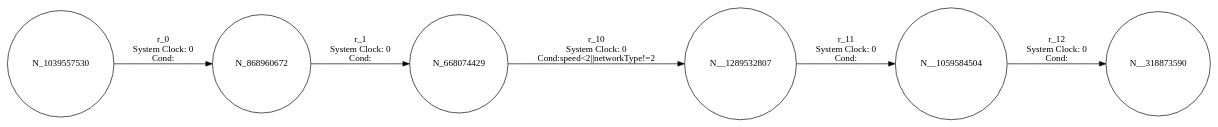
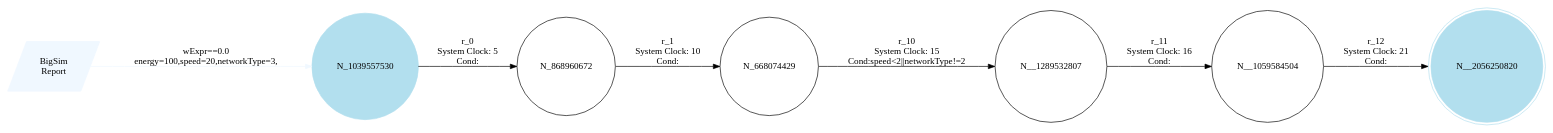
Before and after one commit to PKUVicky/BigSim: the diagram in MobileCloud/results/hotel.dot, drawn with Graphviz. The commit also changed 25 other files, not shown here.

```diff
--- a/MobileCloud/results/hotel.dot
+++ b/MobileCloud/results/hotel.dot
@@ -1,20 +1,37 @@
 digraph reaction_graph {
    rankdir=LR;
    Node [shape = circle];
+   BigSim_Report [shape = parallelogram color = aliceblue style=filled label="BigSim
+Report"];
+BigSim_Report -> N_1039557530[color = aliceblue label = "wExpr==0.0
+energy=100,speed=20,networkType=3,"];
  N_1039557530
+ [shape=circle, color=lightblue2, style=filled];
+N_668074429
+[ ];
  N_668074429 -> N__1289532807[ label = "r_10
-System Clock: 0
+System Clock: 15
 Cond:speed<2||networkType!=2"];
+N_868960672
+[ ];
  N_868960672 -> N_668074429[ label = "r_1
-System Clock: 0
+System Clock: 10
 Cond:"];
+N__2056250820
+[ shape = doublecircle, color=lightblue2, style=filled, ];
+N_1039557530
+[ ];
  N_1039557530 -> N_868960672[ label = "r_0
-System Clock: 0
+System Clock: 5
 Cond:"];
+N__1289532807
+[ ];
  N__1289532807 -> N__1059584504[ label = "r_11
-System Clock: 0
+System Clock: 16
 Cond:"];
- N__1059584504 -> N__318873590[ label = "r_12
-System Clock: 0
+N__1059584504
+[ ];
+ N__1059584504 -> N__2056250820[ label = "r_12
+System Clock: 21
 Cond:"];
 }
```
